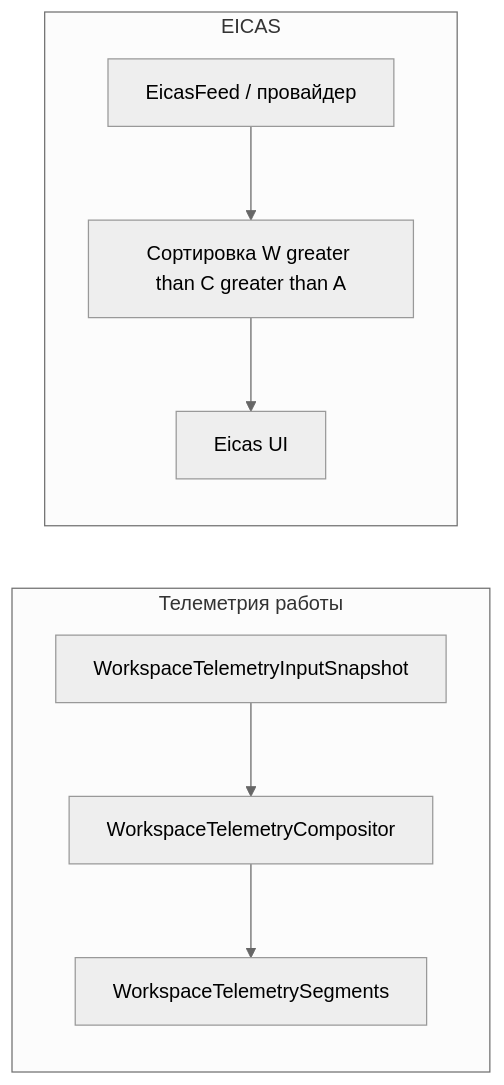
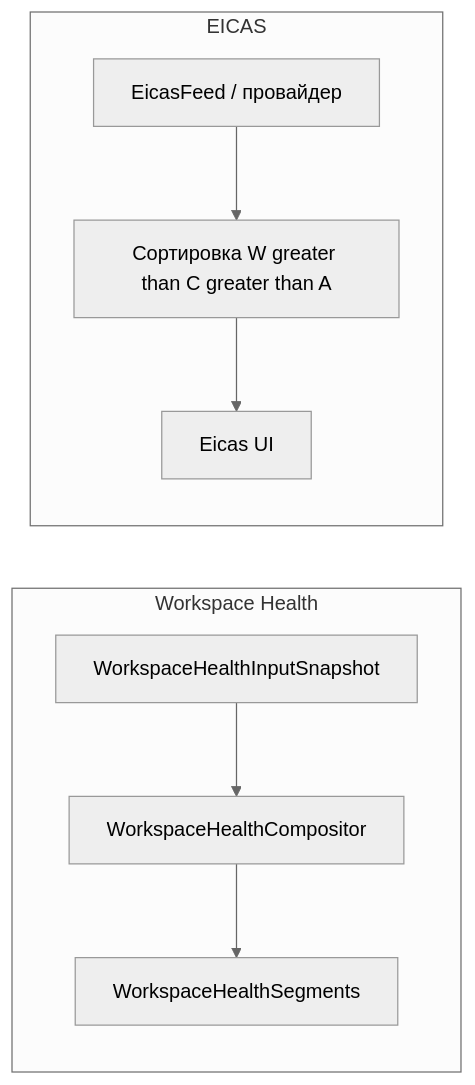
The diagram in docs/design/workspace-telemetry-compositor-implementation-v1.md (AI-Guiders/cascade-ide), drawn with Mermaid (neutral theme) before and after one commit. The commit also changed other lines of this file and 44 other files, not shown here.

First line of the commit message:
refactor(ui): rename WorkspaceTelemetry* to WorkspaceHealth*

````diff
--- a/docs/design/workspace-telemetry-compositor-implementation-v1.md
+++ b/docs/design/workspace-telemetry-compositor-implementation-v1.md
@@ -110,15 +117,15 @@
 ```mermaid
 flowchart LR
-  subgraph work [Телеметрия работы]
-    Snap[WorkspaceTelemetryInputSnapshot]
-    Comp[WorkspaceTelemetryCompositor]
-    Seg[WorkspaceTelemetrySegments]
+  subgraph work [Workspace Health]
+    Snap[WorkspaceHealthInputSnapshot]
+    Comp[WorkspaceHealthCompositor]
+    Seg[WorkspaceHealthSegments]
   end
   subgraph eicas [EICAS]
     Feed[EicasFeed / провайдер]
     Rank[Сортировка W greater than C greater than A]
     Cas[Eicas UI]
   end
   Snap --> Comp --> Seg
   Feed --> Rank --> Cas
 ```
````
